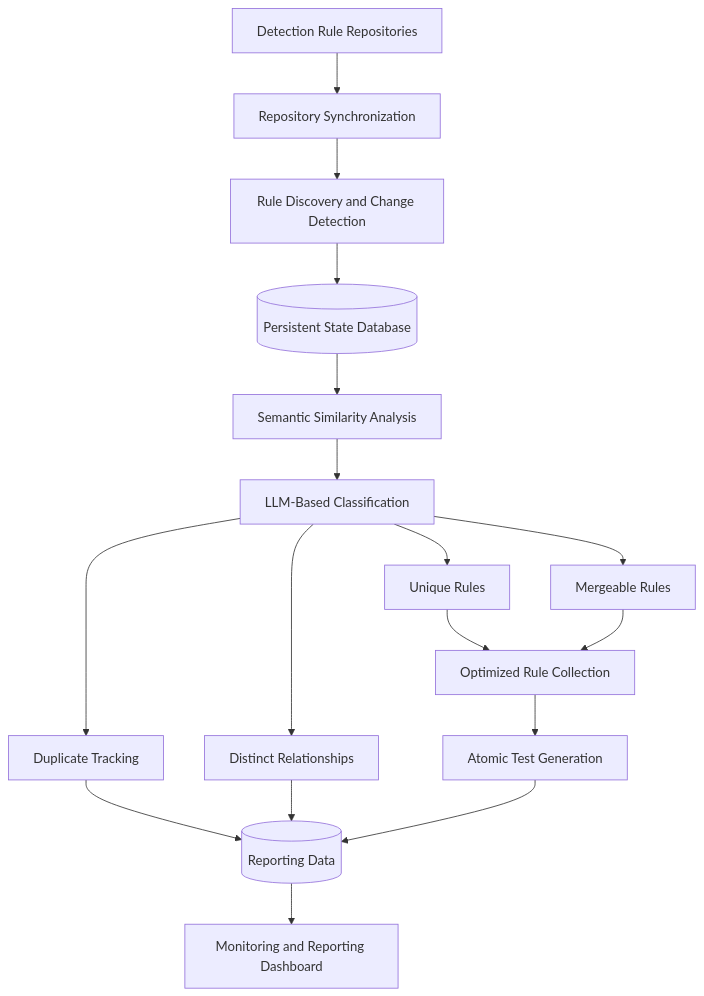
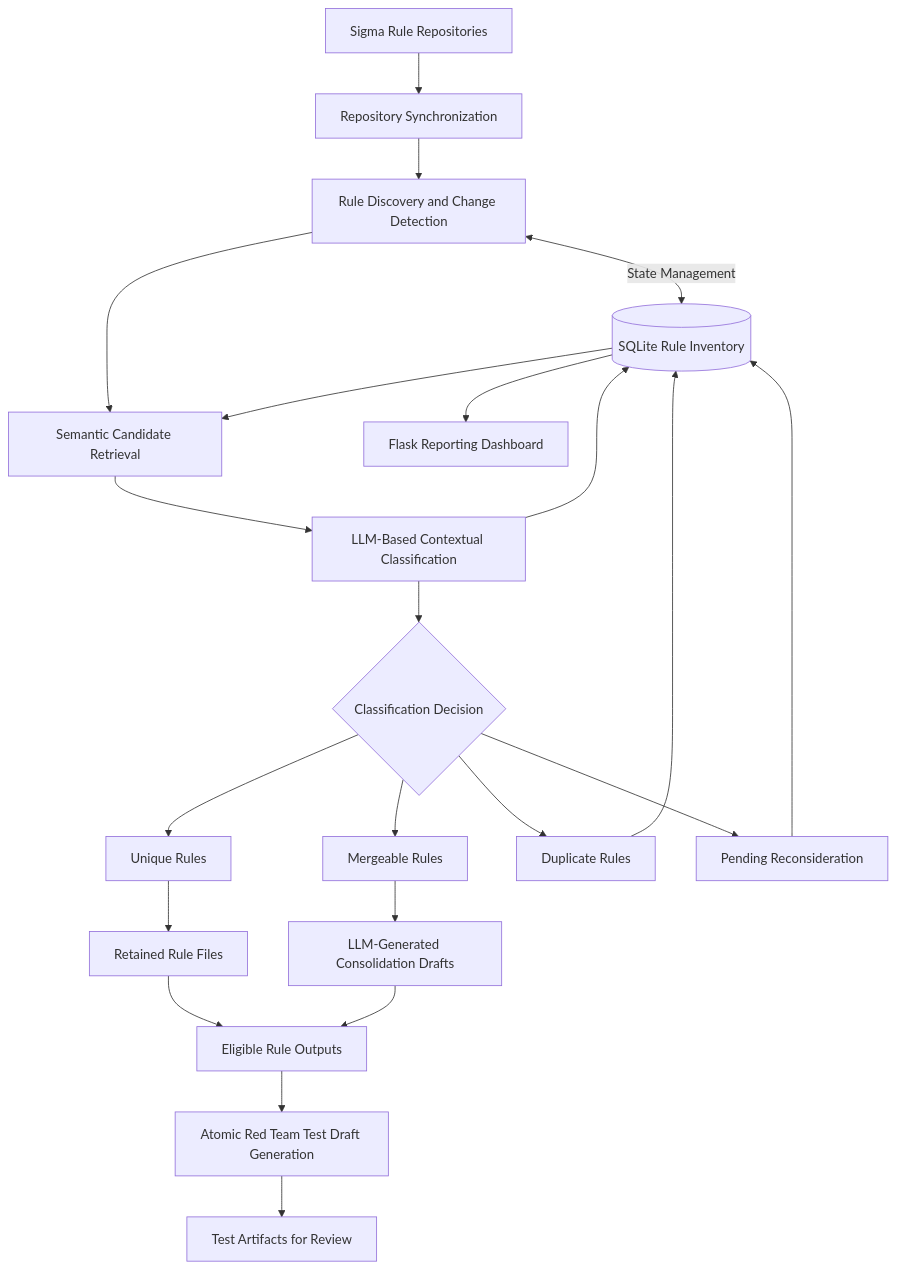
The diagram in README.md (Zsaqr/Sigma-Genie-LLM-Powered-Sigma-Rule-Optimizer), drawn with Mermaid before and after one commit. The commit also changed other lines of this file, not shown here.

Commit message:
Refine system architecture based on verified implementation
Updated system architecture section with improved clarity and detail. Enhanced diagram representation and architecture highlights for better understanding.

````diff
--- a/README.md
+++ b/README.md
@@ -92,23 +97,32 @@
 ```mermaid
 flowchart TD
-    A[Detection Rule Repositories] --> B[Repository Synchronization]
+    A[Sigma Rule Repositories] --> B[Repository Synchronization]
     B --> C[Rule Discovery and Change Detection]
-    C --> D[(Persistent State Database)]
-    D --> E[Semantic Similarity Analysis]
-    E --> F[LLM-Based Classification]
+
+    C <-->|State Management| DB[(SQLite Rule Inventory)]
+    C --> D[Semantic Candidate Retrieval]
+    DB --> D
+
+    D --> E[LLM-Based Contextual Classification]
+
+    E --> F{Classification Decision}
+    E --> DB
 
     F --> G[Unique Rules]
     F --> H[Mergeable Rules]
-    F --> I[Duplicate Tracking]
-    F --> J[Distinct Relationships]
+    F --> I[Duplicate Rules]
+    F --> J[Pending Reconsideration]
 
-    G --> K[Optimized Rule Collection]
-    H --> K
-    K --> L[Atomic Test Generation]
+    G --> K[Retained Rule Files]
+    H --> L[LLM-Generated Consolidation Drafts]
+    I --> DB
+    J --> DB
 
-    I --> M[(Reporting Data)]
-    J --> M
+    K --> M[Eligible Rule Outputs]
     L --> M
 
-    M --> N[Monitoring and Reporting Dashboard]
+    M --> N[Atomic Red Team Test Draft Generation]
+    N --> O[Test Artifacts for Review]
+
+    DB --> P[Flask Reporting Dashboard]
 ```
````
